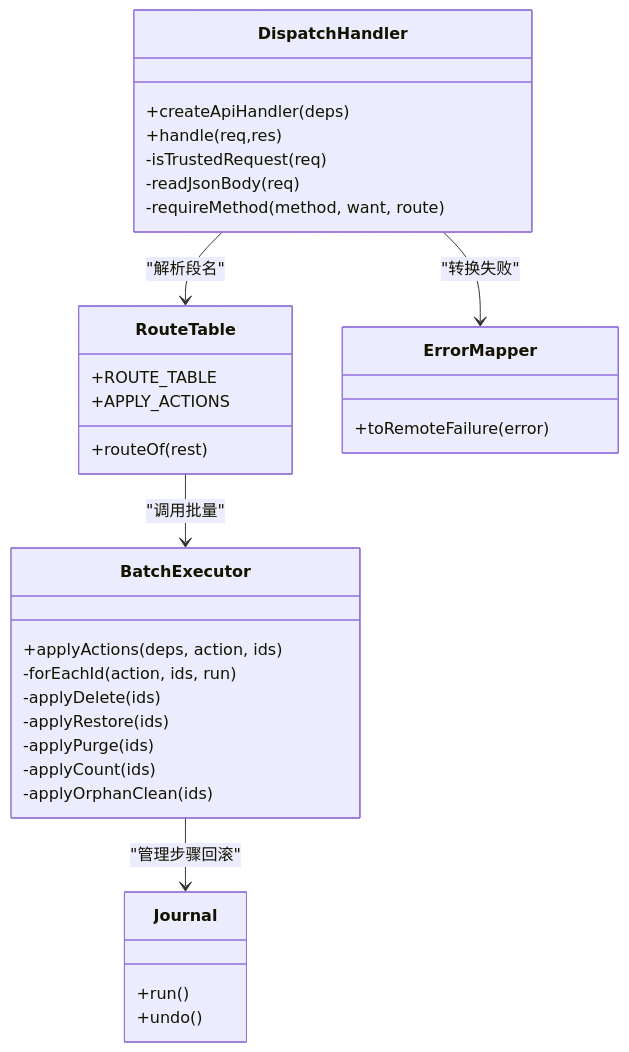
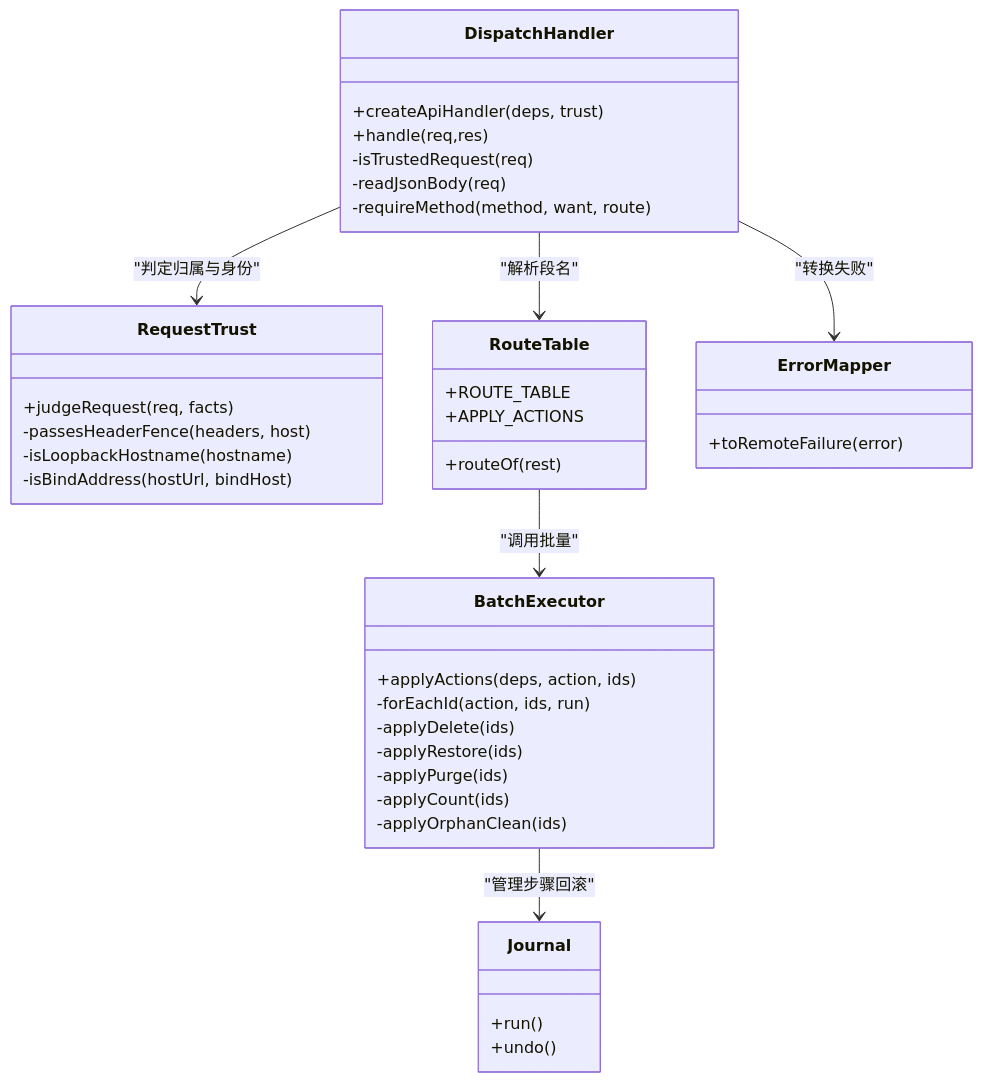
Before and after one commit to xrn1997/dsh-session-delete: the third of 3 diagrams in .qoder/repowiki/zh/content/API 参考/API 参考.md, drawn with Mermaid. The commit also changed other lines of this file and 36 other files, not shown here.

````diff
--- a/.qoder/repowiki/zh/content/API 参考/API 参考.md
+++ b/.qoder/repowiki/zh/content/API 参考/API 参考.md
@@ -469,40 +667,48 @@
 ```mermaid
 classDiagram
     class DispatchHandler {
-        +createApiHandler(deps)
+        +createApiHandler(deps, trust)
         +handle(req,res)
         -isTrustedRequest(req)
         -readJsonBody(req)
         -requireMethod(method, want, route)
+    }
+
+    class RequestTrust {
+        +judgeRequest(req, facts)
+        -passesHeaderFence(headers, host)
+        -isLoopbackHostname(hostname)
+        -isBindAddress(hostUrl, bindHost)
     }
 
     class RouteTable {
         +ROUTE_TABLE
         +routeOf(rest)
         +APPLY_ACTIONS
     }
 
     class BatchExecutor {
         +applyActions(deps, action, ids)
         -forEachId(action, ids, run)
         -applyDelete(ids)
         -applyRestore(ids)
         -applyPurge(ids)
         -applyCount(ids)
         -applyOrphanClean(ids)
     }
 
     class Journal {
         +run()
         +undo()
     }
 
     class ErrorMapper {
         +toRemoteFailure(error)
     }
 
+    DispatchHandler --> RequestTrust : "判定归属与身份"
     DispatchHandler --> RouteTable : "解析段名"
     RouteTable --> BatchExecutor : "调用批量"
     BatchExecutor --> Journal : "管理步骤回滚"
     DispatchHandler --> ErrorMapper : "转换失败"
 ```
````
